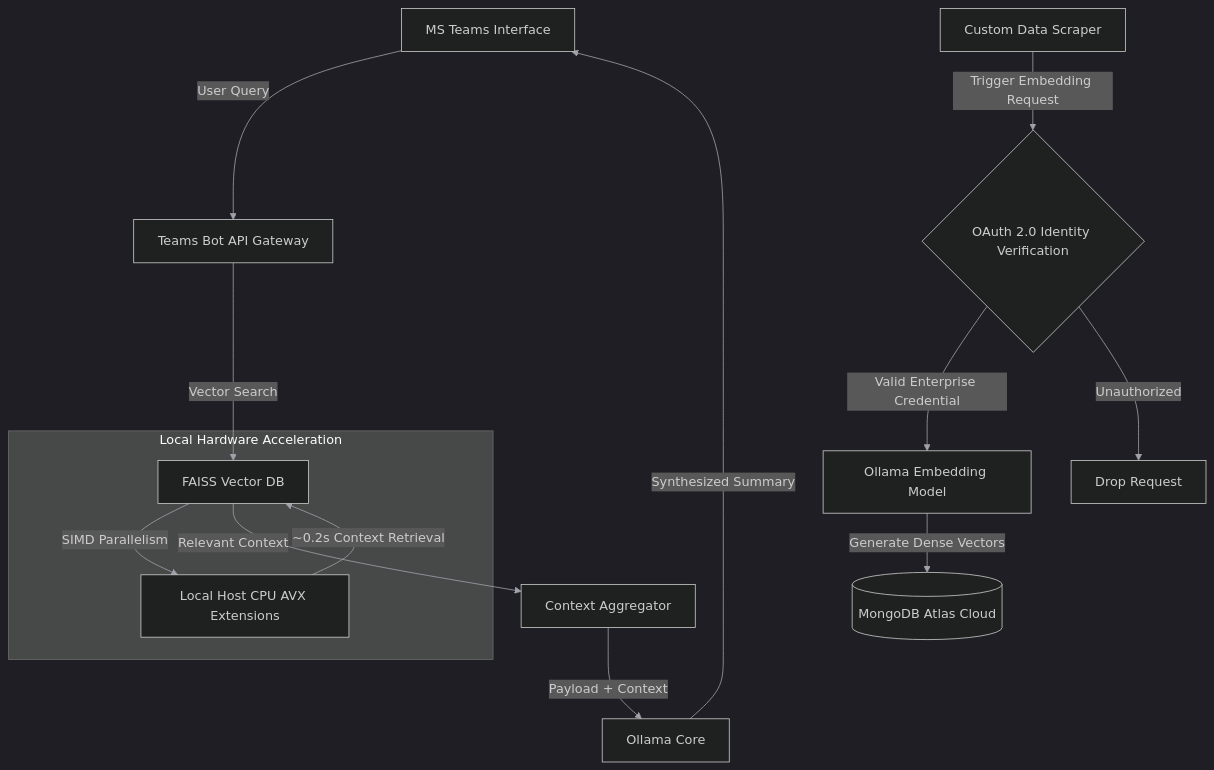
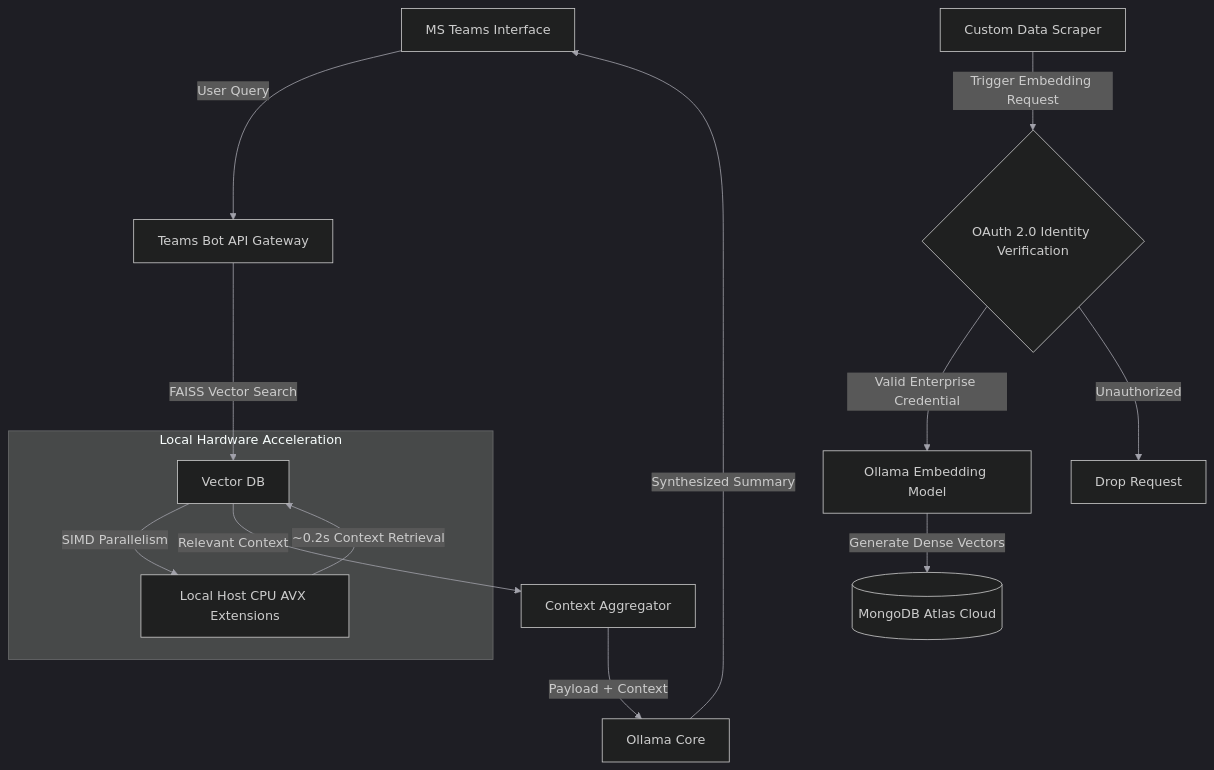
Before and after one commit to wevans02/Meta-Employment-Services-Internship: the diagram in RAG-system/README.md, drawn with Mermaid.

Commit message:
Updating the architecture of the RAG model

````diff
--- a/RAG-system/README.md
+++ b/RAG-system/README.md
@@ -7,23 +7,23 @@
 ```mermaid
 %%{init: { 'theme': 'dark', 'themeVariables': { 'lineColor': '#a1a1aa', 'labelColor': '#ffffff', 'primaryColor': '#1e293b', 'primaryTextColor': '#ffffff', 'actorLineColor': '#ffffff' }}}%%
 graph TD
     %% Query Pipeline
     Teams[MS Teams Interface] -->|User Query| BotAPI[Teams Bot API Gateway]
-    BotAPI -->|Vector Search| FAISS[FAISS Vector DB]
+    BotAPI -->|FAISS Vector Search| FAISS[Vector DB]
     
     subgraph Local Hardware Acceleration
         FAISS -->|SIMD Parallelism| CPU[Local Host CPU AVX Extensions]
         CPU -->|~0.2s Context Retrieval| FAISS
     end
     
     FAISS -->|Relevant Context| ContextEngine[Context Aggregator]
     ContextEngine -->|Payload + Context| LocalLLM[Ollama Core]
     LocalLLM -->|Synthesized Summary| Teams
 
     %% Ingestion Pipeline
     Scraper[Custom Data Scraper] -->|Trigger Embedding Request| OAuthCheck{OAuth 2.0 Identity Verification}
     OAuthCheck -->|Valid Enterprise Credential| OllamaEmbed[Ollama Embedding Model]
     OAuthCheck -->|Unauthorized| Deny[Drop Request]
     
     OllamaEmbed -->|Generate Dense Vectors| Atlas[(MongoDB Atlas Cloud)]
 ```
````
